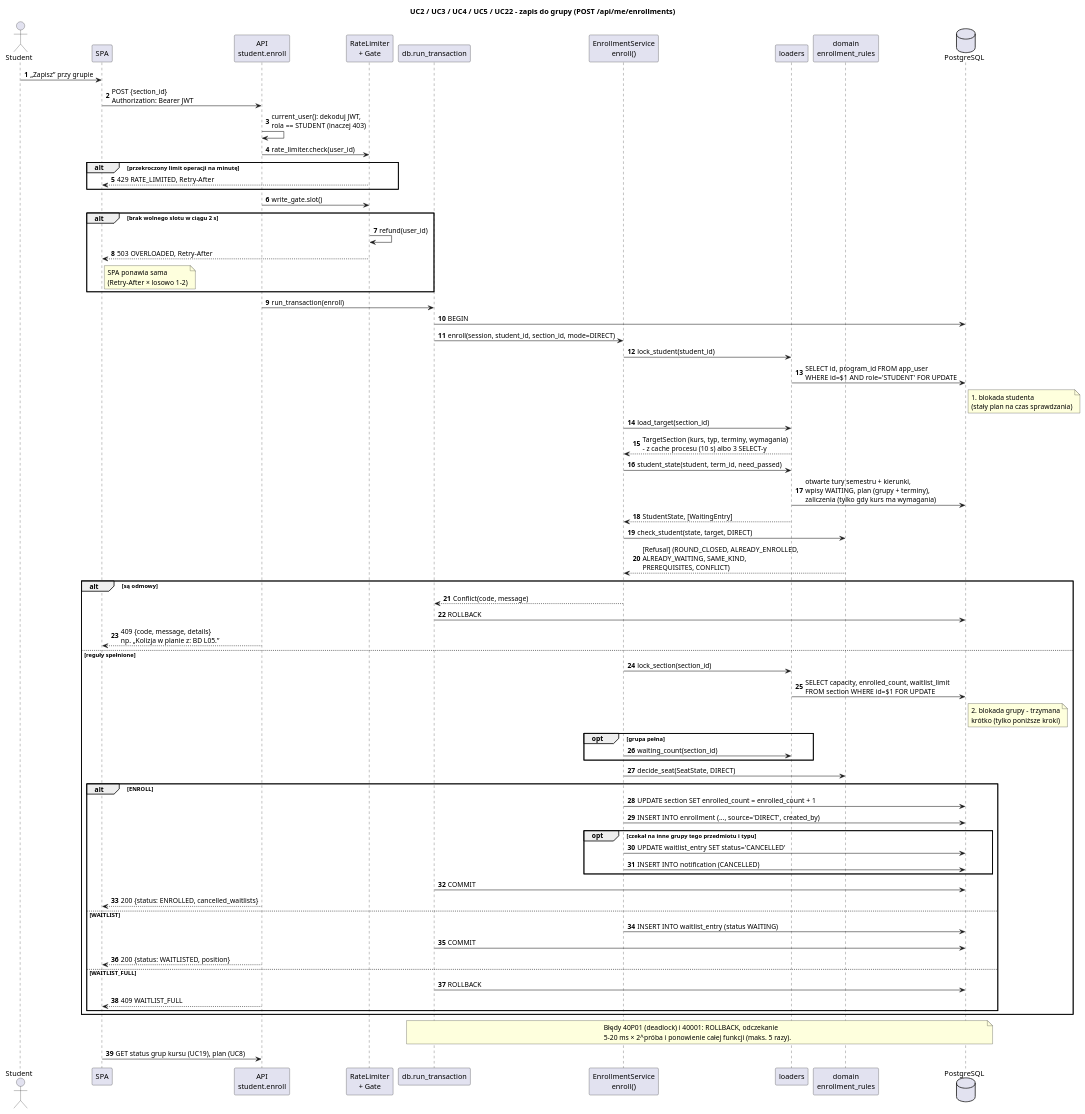
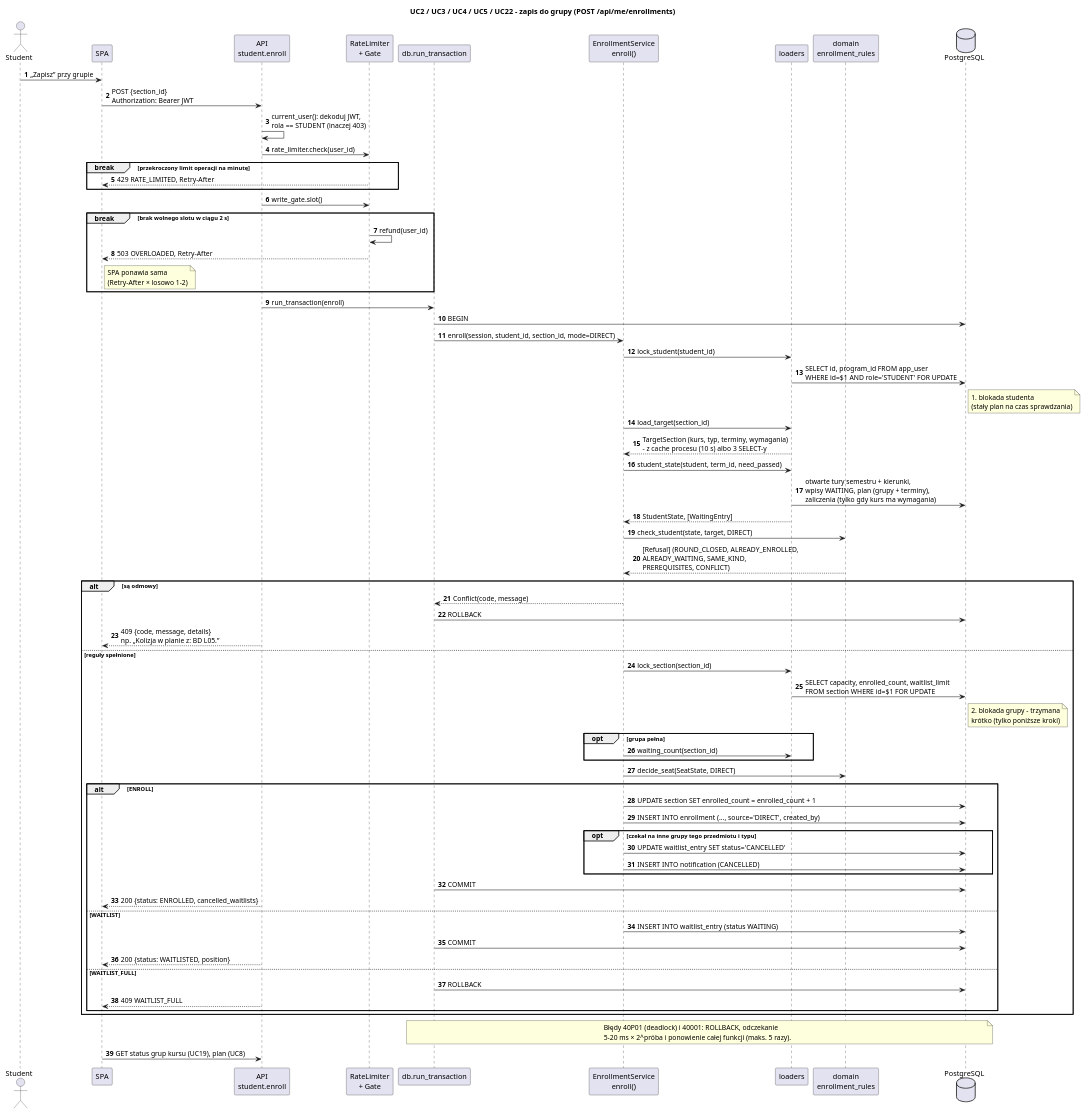
One commit to Husaria55/USOSv2 changed the diagram in etap3/diagramy/sekwencja_zapis.puml. Above: the diagram before and after it, drawn with PlantUML. The commit also changed 22 other files, not shown here.

```diff
--- a/etap3/diagramy/sekwencja_zapis.puml
+++ b/etap3/diagramy/sekwencja_zapis.puml
@@ -1,78 +1,78 @@
 @startuml sekwencja_zapis
 title UC2 / UC3 / UC4 / UC5 / UC22 – zapis do grupy (POST /api/me/enrollments)
 skinparam shadowing false
 skinparam sequenceMessageAlign left
 autonumber
 
 actor Student
 participant "SPA" as spa
 participant "API\nstudent.enroll" as api
 participant "RateLimiter\n+ Gate" as traffic
 participant "db.run_transaction" as tx
 participant "EnrollmentService\nenroll()" as svc
 participant "loaders" as ld
 participant "domain\nenrollment_rules" as dom
 database "PostgreSQL" as db
 
 Student -> spa : „Zapisz” przy grupie
 spa -> api : POST {section_id}\nAuthorization: Bearer JWT
 api -> api : current_user(): dekoduj JWT,\nrola == STUDENT (inaczej 403)
 api -> traffic : rate_limiter.check(user_id)
-alt przekroczony limit operacji na minutę
+break przekroczony limit operacji na minutę
   traffic --> spa : 429 RATE_LIMITED, Retry-After
 end
 api -> traffic : write_gate.slot()
-alt brak wolnego slotu w ciągu 2 s
+break brak wolnego slotu w ciągu 2 s
   traffic -> traffic : refund(user_id)
   traffic --> spa : 503 OVERLOADED, Retry-After
   note right of spa : SPA ponawia sama\n(Retry-After × losowo 1–2)
 end
 api -> tx : run_transaction(enroll)
 tx -> db : BEGIN
 tx -> svc : enroll(session, student_id, section_id, mode=DIRECT)
 svc -> ld : lock_student(student_id)
 ld -> db : SELECT id, program_id FROM app_user\nWHERE id=$1 AND role='STUDENT' FOR UPDATE
 note right of db : 1. blokada studenta\n(stały plan na czas sprawdzania)
 svc -> ld : load_target(section_id)
 ld --> svc : TargetSection (kurs, typ, terminy, wymagania)\n– z cache procesu (10 s) albo 3 SELECT-y
 svc -> ld : student_state(student, term_id, need_passed)
 ld -> db : otwarte tury semestru + kierunki,\nwpisy WAITING, plan (grupy + terminy),\nzaliczenia (tylko gdy kurs ma wymagania)
 ld --> svc : StudentState, [WaitingEntry]
 svc -> dom : check_student(state, target, DIRECT)
 dom --> svc : [Refusal] (ROUND_CLOSED, ALREADY_ENROLLED,\nALREADY_WAITING, SAME_KIND,\nPREREQUISITES, CONFLICT)
 alt są odmowy
   svc --> tx : Conflict(code, message)
   tx -> db : ROLLBACK
   api --> spa : 409 {code, message, details}\nnp. „Kolizja w planie z: BD L05.”
 else reguły spełnione
   svc -> ld : lock_section(section_id)
   ld -> db : SELECT capacity, enrolled_count, waitlist_limit\nFROM section WHERE id=$1 FOR UPDATE
   note right of db : 2. blokada grupy – trzymana\nkrótko (tylko poniższe kroki)
   opt grupa pełna
     svc -> ld : waiting_count(section_id)
   end
   svc -> dom : decide_seat(SeatState, DIRECT)
   alt ENROLL
     svc -> db : UPDATE section SET enrolled_count = enrolled_count + 1
     svc -> db : INSERT INTO enrollment (..., source='DIRECT', created_by)
     opt czekał na inne grupy tego przedmiotu i typu
       svc -> db : UPDATE waitlist_entry SET status='CANCELLED'
       svc -> db : INSERT INTO notification (CANCELLED)
     end
     tx -> db : COMMIT
     api --> spa : 200 {status: ENROLLED, cancelled_waitlists}
   else WAITLIST
     svc -> db : INSERT INTO waitlist_entry (status WAITING)
     tx -> db : COMMIT
     api --> spa : 200 {status: WAITLISTED, position}
   else WAITLIST_FULL
     tx -> db : ROLLBACK
     api --> spa : 409 WAITLIST_FULL
   end
 end
 note over tx, db
   Błędy 40P01 (deadlock) i 40001: ROLLBACK, odczekanie
   5–20 ms × 2^próba i ponowienie całej funkcji (maks. 5 razy).
 end note
 spa -> api : GET status grup kursu (UC19), plan (UC8)
 @enduml
```
